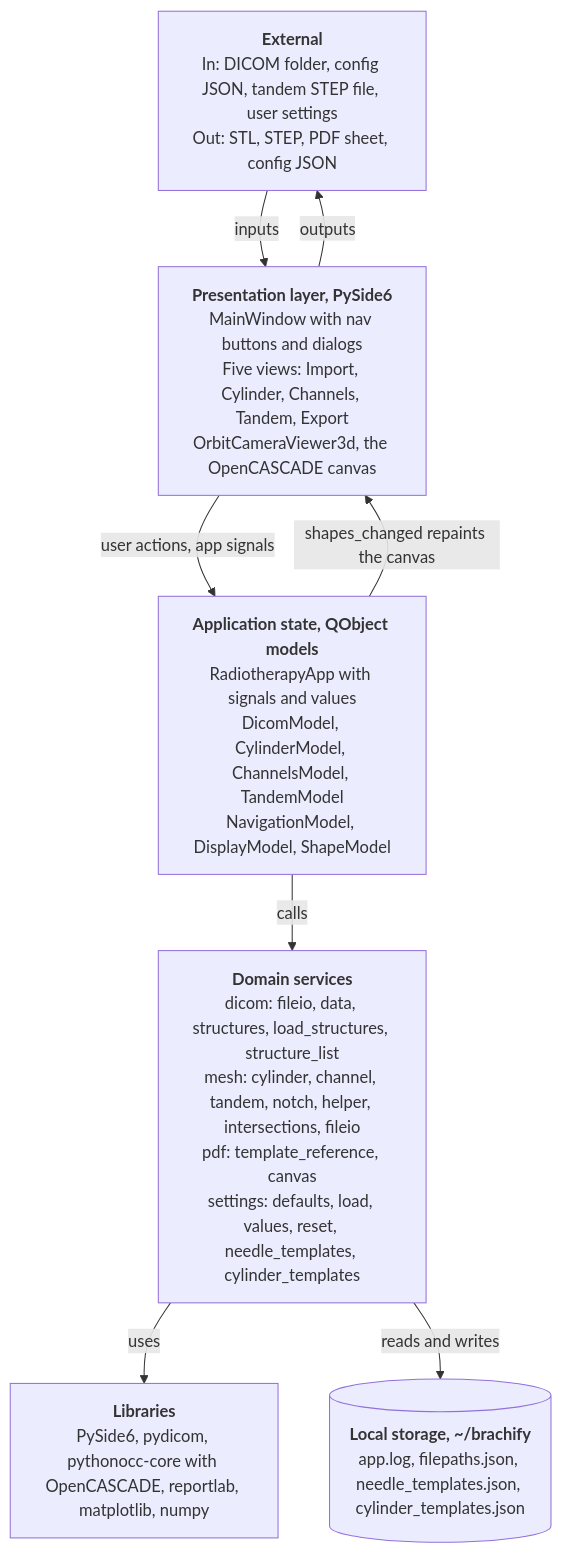
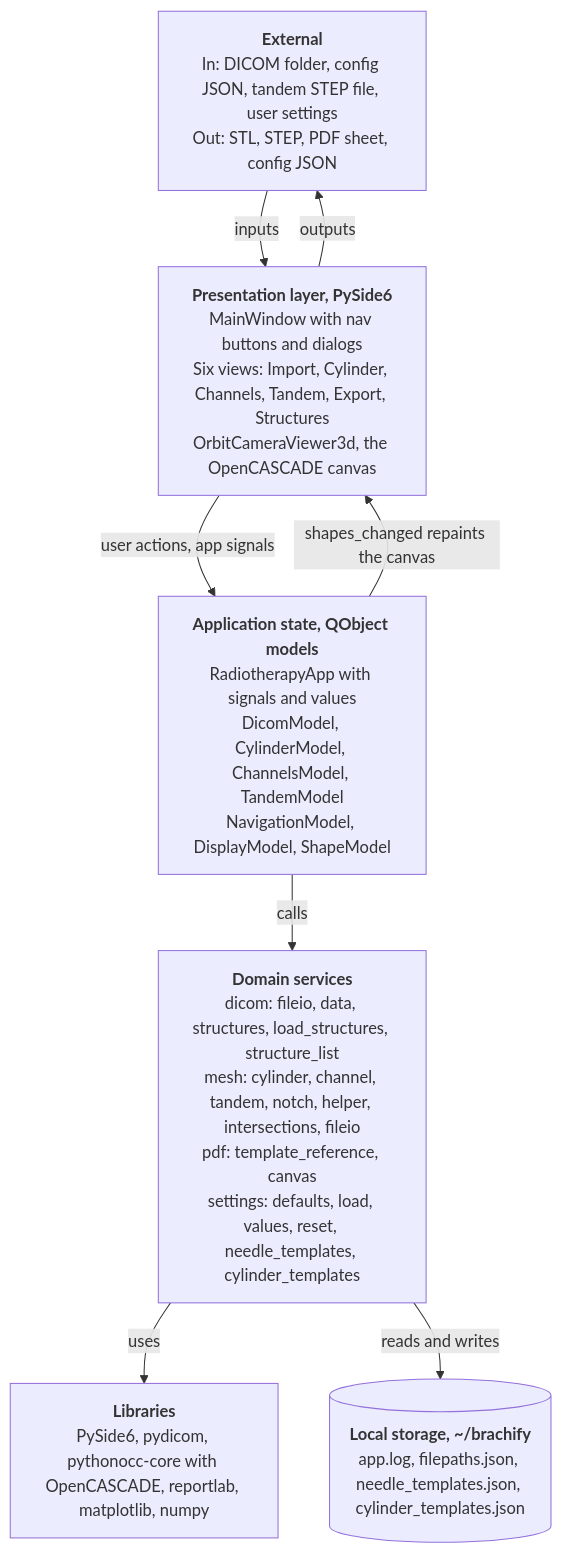
Before and after one commit to COSC-499-W2026/capstone-project-team-10: the diagram in docs/architecture/diagrams/system-architecture.mmd, drawn with Mermaid. The commit also changed 1 other file, not shown here.

Commit message:
docs: name Structures in the system architecture

```diff
--- a/docs/architecture/diagrams/system-architecture.mmd
+++ b/docs/architecture/diagrams/system-architecture.mmd
@@ -1,17 +1,17 @@
 %% title: System architecture
 %% alt: System architecture of brachify, a layered desktop application with a presentation layer, application state, domain services, third party libraries and local storage
 flowchart TB
   ext["<b>External</b><br/>In: DICOM folder, config JSON, tandem STEP file, user settings<br/>Out: STL, STEP, PDF sheet, config JSON"]
-  pres["<b>Presentation layer, PySide6</b><br/>MainWindow with nav buttons and dialogs<br/>Five views: Import, Cylinder, Channels, Tandem, Export<br/>OrbitCameraViewer3d, the OpenCASCADE canvas"]
+  pres["<b>Presentation layer, PySide6</b><br/>MainWindow with nav buttons and dialogs<br/>Six views: Import, Cylinder, Channels, Tandem, Export, Structures<br/>OrbitCameraViewer3d, the OpenCASCADE canvas"]
   state["<b>Application state, QObject models</b><br/>RadiotherapyApp with signals and values<br/>DicomModel, CylinderModel, ChannelsModel, TandemModel<br/>NavigationModel, DisplayModel, ShapeModel"]
   domain["<b>Domain services</b><br/>dicom: fileio, data, structures, load_structures, structure_list<br/>mesh: cylinder, channel, tandem, notch, helper, intersections, fileio<br/>pdf: template_reference, canvas<br/>settings: defaults, load, values, reset, needle_templates, cylinder_templates"]
   lib["<b>Libraries</b><br/>PySide6, pydicom, pythonocc-core with OpenCASCADE, reportlab, matplotlib, numpy"]
   disk[("<b>Local storage, ~/brachify</b><br/>app.log, filepaths.json, needle_templates.json, cylinder_templates.json")]
 
   ext -->|"inputs"| pres
   pres -->|"outputs"| ext
   pres -->|"user actions, app signals"| state
   state -->|"shapes_changed repaints the canvas"| pres
   state -->|"calls"| domain
   domain -->|"uses"| lib
   domain -->|"reads and writes"| disk
```
